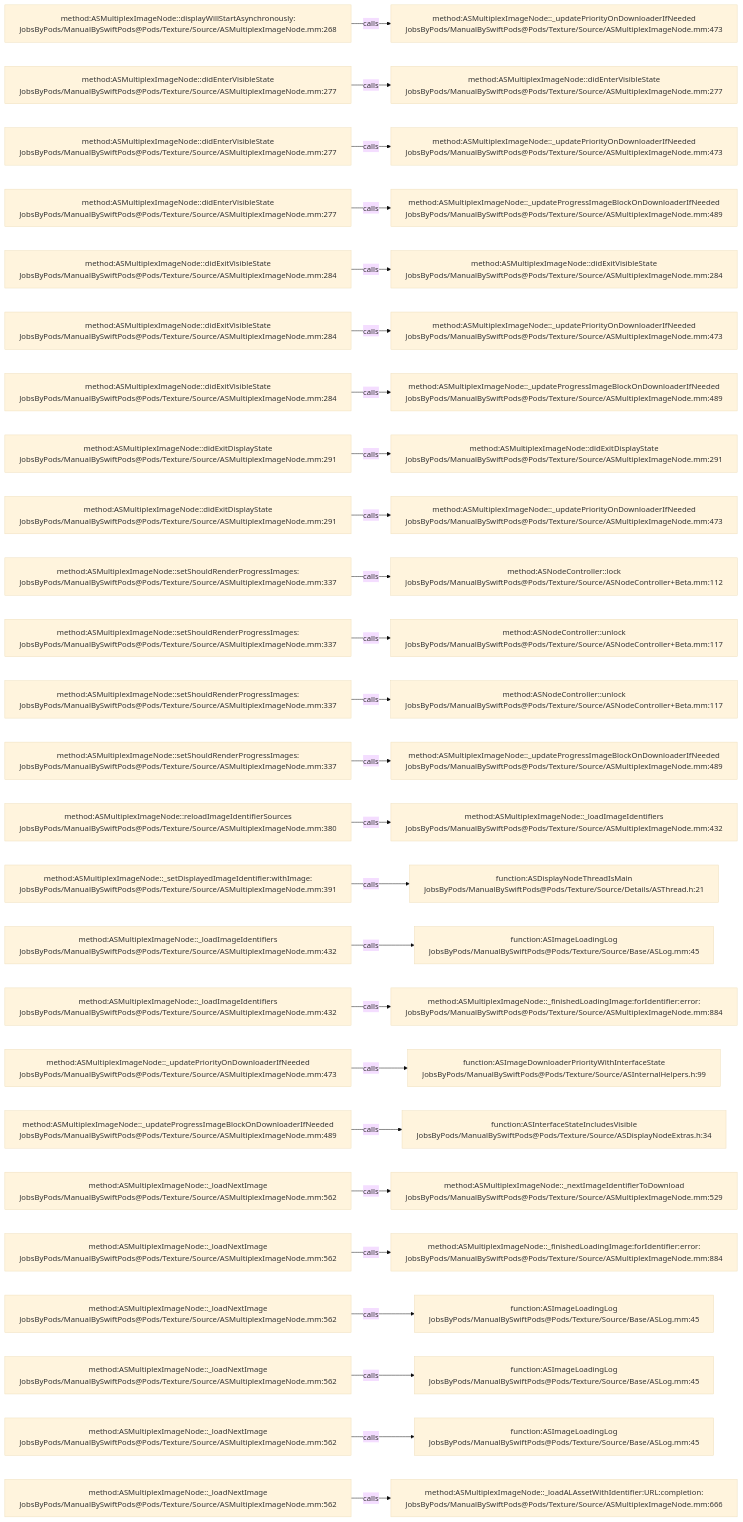
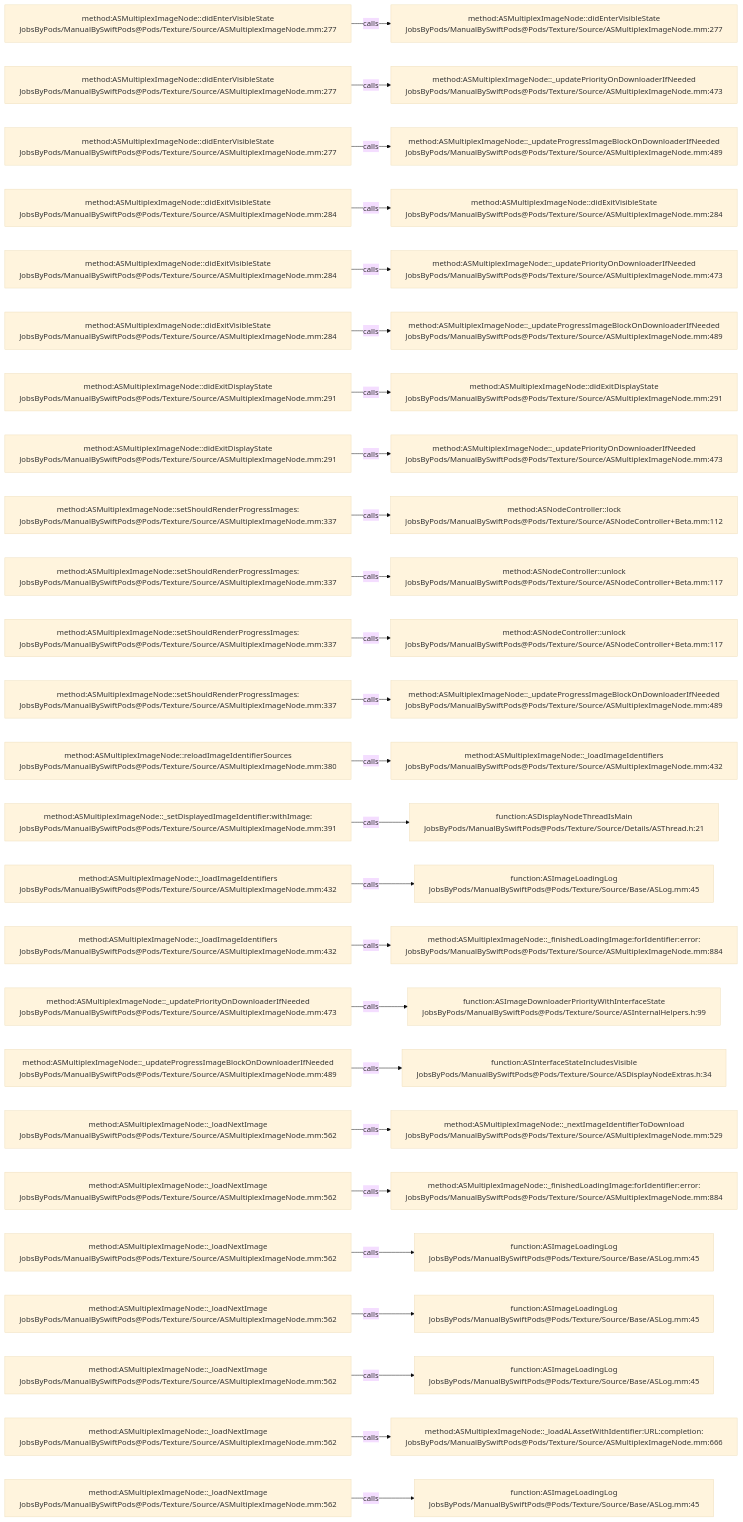
Before and after one commit to JobsKits/JobsSwiftBaseConfigDemo: the diagram in .codegraph/codegraph.md/graphs/calls-047.md, drawn with Mermaid (base theme). The commit also changed 747 other files, not shown here.

````diff
--- a/.codegraph/codegraph.md/graphs/calls-047.md
+++ b/.codegraph/codegraph.md/graphs/calls-047.md
@@ -13,78 +13,78 @@
 ```mermaid
 flowchart LR
-  S1["method:ASMultiplexImageNode::displayWillStartAsynchronously:<br/>JobsByPods/ManualBySwiftPods@Pods/Texture/Source/ASMultiplexImageNode.mm:268"]
-  T1["method:ASMultiplexImageNode::_updatePriorityOnDownloaderIfNeeded<br/>JobsByPods/ManualBySwiftPods@Pods/Texture/Source/ASMultiplexImageNode.mm:473"]
+  S1["method:ASMultiplexImageNode::didEnterVisibleState<br/>JobsByPods/ManualBySwiftPods@Pods/Texture/Source/ASMultiplexImageNode.mm:277"]
+  T1["method:ASMultiplexImageNode::didEnterVisibleState<br/>JobsByPods/ManualBySwiftPods@Pods/Texture/Source/ASMultiplexImageNode.mm:277"]
   S1 -->|calls| T1
   S2["method:ASMultiplexImageNode::didEnterVisibleState<br/>JobsByPods/ManualBySwiftPods@Pods/Texture/Source/ASMultiplexImageNode.mm:277"]
-  T2["method:ASMultiplexImageNode::didEnterVisibleState<br/>JobsByPods/ManualBySwiftPods@Pods/Texture/Source/ASMultiplexImageNode.mm:277"]
+  T2["method:ASMultiplexImageNode::_updatePriorityOnDownloaderIfNeeded<br/>JobsByPods/ManualBySwiftPods@Pods/Texture/Source/ASMultiplexImageNode.mm:473"]
   S2 -->|calls| T2
   S3["method:ASMultiplexImageNode::didEnterVisibleState<br/>JobsByPods/ManualBySwiftPods@Pods/Texture/Source/ASMultiplexImageNode.mm:277"]
-  T3["method:ASMultiplexImageNode::_updatePriorityOnDownloaderIfNeeded<br/>JobsByPods/ManualBySwiftPods@Pods/Texture/Source/ASMultiplexImageNode.mm:473"]
+  T3["method:ASMultiplexImageNode::_updateProgressImageBlockOnDownloaderIfNeeded<br/>JobsByPods/ManualBySwiftPods@Pods/Texture/Source/ASMultiplexImageNode.mm:489"]
   S3 -->|calls| T3
-  S4["method:ASMultiplexImageNode::didEnterVisibleState<br/>JobsByPods/ManualBySwiftPods@Pods/Texture/Source/ASMultiplexImageNode.mm:277"]
-  T4["method:ASMultiplexImageNode::_updateProgressImageBlockOnDownloaderIfNeeded<br/>JobsByPods/ManualBySwiftPods@Pods/Texture/Source/ASMultiplexImageNode.mm:489"]
+  S4["method:ASMultiplexImageNode::didExitVisibleState<br/>JobsByPods/ManualBySwiftPods@Pods/Texture/Source/ASMultiplexImageNode.mm:284"]
+  T4["method:ASMultiplexImageNode::didExitVisibleState<br/>JobsByPods/ManualBySwiftPods@Pods/Texture/Source/ASMultiplexImageNode.mm:284"]
   S4 -->|calls| T4
   S5["method:ASMultiplexImageNode::didExitVisibleState<br/>JobsByPods/ManualBySwiftPods@Pods/Texture/Source/ASMultiplexImageNode.mm:284"]
-  T5["method:ASMultiplexImageNode::didExitVisibleState<br/>JobsByPods/ManualBySwiftPods@Pods/Texture/Source/ASMultiplexImageNode.mm:284"]
+  T5["method:ASMultiplexImageNode::_updatePriorityOnDownloaderIfNeeded<br/>JobsByPods/ManualBySwiftPods@Pods/Texture/Source/ASMultiplexImageNode.mm:473"]
   S5 -->|calls| T5
   S6["method:ASMultiplexImageNode::didExitVisibleState<br/>JobsByPods/ManualBySwiftPods@Pods/Texture/Source/ASMultiplexImageNode.mm:284"]
-  T6["method:ASMultiplexImageNode::_updatePriorityOnDownloaderIfNeeded<br/>JobsByPods/ManualBySwiftPods@Pods/Texture/Source/ASMultiplexImageNode.mm:473"]
+  T6["method:ASMultiplexImageNode::_updateProgressImageBlockOnDownloaderIfNeeded<br/>JobsByPods/ManualBySwiftPods@Pods/Texture/Source/ASMultiplexImageNode.mm:489"]
   S6 -->|calls| T6
-  S7["method:ASMultiplexImageNode::didExitVisibleState<br/>JobsByPods/ManualBySwiftPods@Pods/Texture/Source/ASMultiplexImageNode.mm:284"]
-  T7["method:ASMultiplexImageNode::_updateProgressImageBlockOnDownloaderIfNeeded<br/>JobsByPods/ManualBySwiftPods@Pods/Texture/Source/ASMultiplexImageNode.mm:489"]
+  S7["method:ASMultiplexImageNode::didExitDisplayState<br/>JobsByPods/ManualBySwiftPods@Pods/Texture/Source/ASMultiplexImageNode.mm:291"]
+  T7["method:ASMultiplexImageNode::didExitDisplayState<br/>JobsByPods/ManualBySwiftPods@Pods/Texture/Source/ASMultiplexImageNode.mm:291"]
   S7 -->|calls| T7
   S8["method:ASMultiplexImageNode::didExitDisplayState<br/>JobsByPods/ManualBySwiftPods@Pods/Texture/Source/ASMultiplexImageNode.mm:291"]
-  T8["method:ASMultiplexImageNode::didExitDisplayState<br/>JobsByPods/ManualBySwiftPods@Pods/Texture/Source/ASMultiplexImageNode.mm:291"]
+  T8["method:ASMultiplexImageNode::_updatePriorityOnDownloaderIfNeeded<br/>JobsByPods/ManualBySwiftPods@Pods/Texture/Source/ASMultiplexImageNode.mm:473"]
   S8 -->|calls| T8
-  S9["method:ASMultiplexImageNode::didExitDisplayState<br/>JobsByPods/ManualBySwiftPods@Pods/Texture/Source/ASMultiplexImageNode.mm:291"]
-  T9["method:ASMultiplexImageNode::_updatePriorityOnDownloaderIfNeeded<br/>JobsByPods/ManualBySwiftPods@Pods/Texture/Source/ASMultiplexImageNode.mm:473"]
+  S9["method:ASMultiplexImageNode::setShouldRenderProgressImages:<br/>JobsByPods/ManualBySwiftPods@Pods/Texture/Source/ASMultiplexImageNode.mm:337"]
+  T9["method:ASNodeController::lock<br/>JobsByPods/ManualBySwiftPods@Pods/Texture/Source/ASNodeController+Beta.mm:112"]
   S9 -->|calls| T9
   S10["method:ASMultiplexImageNode::setShouldRenderProgressImages:<br/>JobsByPods/ManualBySwiftPods@Pods/Texture/Source/ASMultiplexImageNode.mm:337"]
-  T10["method:ASNodeController::lock<br/>JobsByPods/ManualBySwiftPods@Pods/Texture/Source/ASNodeController+Beta.mm:112"]
+  T10["method:ASNodeController::unlock<br/>JobsByPods/ManualBySwiftPods@Pods/Texture/Source/ASNodeController+Beta.mm:117"]
   S10 -->|calls| T10
   S11["method:ASMultiplexImageNode::setShouldRenderProgressImages:<br/>JobsByPods/ManualBySwiftPods@Pods/Texture/Source/ASMultiplexImageNode.mm:337"]
   T11["method:ASNodeController::unlock<br/>JobsByPods/ManualBySwiftPods@Pods/Texture/Source/ASNodeController+Beta.mm:117"]
   S11 -->|calls| T11
   S12["method:ASMultiplexImageNode::setShouldRenderProgressImages:<br/>JobsByPods/ManualBySwiftPods@Pods/Texture/Source/ASMultiplexImageNode.mm:337"]
-  T12["method:ASNodeController::unlock<br/>JobsByPods/ManualBySwiftPods@Pods/Texture/Source/ASNodeController+Beta.mm:117"]
+  T12["method:ASMultiplexImageNode::_updateProgressImageBlockOnDownloaderIfNeeded<br/>JobsByPods/ManualBySwiftPods@Pods/Texture/Source/ASMultiplexImageNode.mm:489"]
   S12 -->|calls| T12
-  S13["method:ASMultiplexImageNode::setShouldRenderProgressImages:<br/>JobsByPods/ManualBySwiftPods@Pods/Texture/Source/ASMultiplexImageNode.mm:337"]
-  T13["method:ASMultiplexImageNode::_updateProgressImageBlockOnDownloaderIfNeeded<br/>JobsByPods/ManualBySwiftPods@Pods/Texture/Source/ASMultiplexImageNode.mm:489"]
+  S13["method:ASMultiplexImageNode::reloadImageIdentifierSources<br/>JobsByPods/ManualBySwiftPods@Pods/Texture/Source/ASMultiplexImageNode.mm:380"]
+  T13["method:ASMultiplexImageNode::_loadImageIdentifiers<br/>JobsByPods/ManualBySwiftPods@Pods/Texture/Source/ASMultiplexImageNode.mm:432"]
   S13 -->|calls| T13
-  S14["method:ASMultiplexImageNode::reloadImageIdentifierSources<br/>JobsByPods/ManualBySwiftPods@Pods/Texture/Source/ASMultiplexImageNode.mm:380"]
-  T14["method:ASMultiplexImageNode::_loadImageIdentifiers<br/>JobsByPods/ManualBySwiftPods@Pods/Texture/Source/ASMultiplexImageNode.mm:432"]
+  S14["method:ASMultiplexImageNode::_setDisplayedImageIdentifier:withImage:<br/>JobsByPods/ManualBySwiftPods@Pods/Texture/Source/ASMultiplexImageNode.mm:391"]
+  T14["function:ASDisplayNodeThreadIsMain<br/>JobsByPods/ManualBySwiftPods@Pods/Texture/Source/Details/ASThread.h:21"]
   S14 -->|calls| T14
-  S15["method:ASMultiplexImageNode::_setDisplayedImageIdentifier:withImage:<br/>JobsByPods/ManualBySwiftPods@Pods/Texture/Source/ASMultiplexImageNode.mm:391"]
-  T15["function:ASDisplayNodeThreadIsMain<br/>JobsByPods/ManualBySwiftPods@Pods/Texture/Source/Details/ASThread.h:21"]
+  S15["method:ASMultiplexImageNode::_loadImageIdentifiers<br/>JobsByPods/ManualBySwiftPods@Pods/Texture/Source/ASMultiplexImageNode.mm:432"]
+  T15["function:ASImageLoadingLog<br/>JobsByPods/ManualBySwiftPods@Pods/Texture/Source/Base/ASLog.mm:45"]
   S15 -->|calls| T15
   S16["method:ASMultiplexImageNode::_loadImageIdentifiers<br/>JobsByPods/ManualBySwiftPods@Pods/Texture/Source/ASMultiplexImageNode.mm:432"]
-  T16["function:ASImageLoadingLog<br/>JobsByPods/ManualBySwiftPods@Pods/Texture/Source/Base/ASLog.mm:45"]
+  T16["method:ASMultiplexImageNode::_finishedLoadingImage:forIdentifier:error:<br/>JobsByPods/ManualBySwiftPods@Pods/Texture/Source/ASMultiplexImageNode.mm:884"]
   S16 -->|calls| T16
-  S17["method:ASMultiplexImageNode::_loadImageIdentifiers<br/>JobsByPods/ManualBySwiftPods@Pods/Texture/Source/ASMultiplexImageNode.mm:432"]
-  T17["method:ASMultiplexImageNode::_finishedLoadingImage:forIdentifier:error:<br/>JobsByPods/ManualBySwiftPods@Pods/Texture/Source/ASMultiplexImageNode.mm:884"]
+  S17["method:ASMultiplexImageNode::_updatePriorityOnDownloaderIfNeeded<br/>JobsByPods/ManualBySwiftPods@Pods/Texture/Source/ASMultiplexImageNode.mm:473"]
+  T17["function:ASImageDownloaderPriorityWithInterfaceState<br/>JobsByPods/ManualBySwiftPods@Pods/Texture/Source/ASInternalHelpers.h:99"]
   S17 -->|calls| T17
-  S18["method:ASMultiplexImageNode::_updatePriorityOnDownloaderIfNeeded<br/>JobsByPods/ManualBySwiftPods@Pods/Texture/Source/ASMultiplexImageNode.mm:473"]
-  T18["function:ASImageDownloaderPriorityWithInterfaceState<br/>JobsByPods/ManualBySwiftPods@Pods/Texture/Source/ASInternalHelpers.h:99"]
+  S18["method:ASMultiplexImageNode::_updateProgressImageBlockOnDownloaderIfNeeded<br/>JobsByPods/ManualBySwiftPods@Pods/Texture/Source/ASMultiplexImageNode.mm:489"]
+  T18["function:ASInterfaceStateIncludesVisible<br/>JobsByPods/ManualBySwiftPods@Pods/Texture/Source/ASDisplayNodeExtras.h:34"]
   S18 -->|calls| T18
-  S19["method:ASMultiplexImageNode::_updateProgressImageBlockOnDownloaderIfNeeded<br/>JobsByPods/ManualBySwiftPods@Pods/Texture/Source/ASMultiplexImageNode.mm:489"]
-  T19["function:ASInterfaceStateIncludesVisible<br/>JobsByPods/ManualBySwiftPods@Pods/Texture/Source/ASDisplayNodeExtras.h:34"]
+  S19["method:ASMultiplexImageNode::_loadNextImage<br/>JobsByPods/ManualBySwiftPods@Pods/Texture/Source/ASMultiplexImageNode.mm:562"]
+  T19["method:ASMultiplexImageNode::_nextImageIdentifierToDownload<br/>JobsByPods/ManualBySwiftPods@Pods/Texture/Source/ASMultiplexImageNode.mm:529"]
   S19 -->|calls| T19
   S20["method:ASMultiplexImageNode::_loadNextImage<br/>JobsByPods/ManualBySwiftPods@Pods/Texture/Source/ASMultiplexImageNode.mm:562"]
-  T20["method:ASMultiplexImageNode::_nextImageIdentifierToDownload<br/>JobsByPods/ManualBySwiftPods@Pods/Texture/Source/ASMultiplexImageNode.mm:529"]
+  T20["method:ASMultiplexImageNode::_finishedLoadingImage:forIdentifier:error:<br/>JobsByPods/ManualBySwiftPods@Pods/Texture/Source/ASMultiplexImageNode.mm:884"]
   S20 -->|calls| T20
   S21["method:ASMultiplexImageNode::_loadNextImage<br/>JobsByPods/ManualBySwiftPods@Pods/Texture/Source/ASMultiplexImageNode.mm:562"]
-  T21["method:ASMultiplexImageNode::_finishedLoadingImage:forIdentifier:error:<br/>JobsByPods/ManualBySwiftPods@Pods/Texture/Source/ASMultiplexImageNode.mm:884"]
+  T21["function:ASImageLoadingLog<br/>JobsByPods/ManualBySwiftPods@Pods/Texture/Source/Base/ASLog.mm:45"]
   S21 -->|calls| T21
   S22["method:ASMultiplexImageNode::_loadNextImage<br/>JobsByPods/ManualBySwiftPods@Pods/Texture/Source/ASMultiplexImageNode.mm:562"]
   T22["function:ASImageLoadingLog<br/>JobsByPods/ManualBySwiftPods@Pods/Texture/Source/Base/ASLog.mm:45"]
   S22 -->|calls| T22
   S23["method:ASMultiplexImageNode::_loadNextImage<br/>JobsByPods/ManualBySwiftPods@Pods/Texture/Source/ASMultiplexImageNode.mm:562"]
   T23["function:ASImageLoadingLog<br/>JobsByPods/ManualBySwiftPods@Pods/Texture/Source/Base/ASLog.mm:45"]
   S23 -->|calls| T23
   S24["method:ASMultiplexImageNode::_loadNextImage<br/>JobsByPods/ManualBySwiftPods@Pods/Texture/Source/ASMultiplexImageNode.mm:562"]
-  T24["function:ASImageLoadingLog<br/>JobsByPods/ManualBySwiftPods@Pods/Texture/Source/Base/ASLog.mm:45"]
+  T24["method:ASMultiplexImageNode::_loadALAssetWithIdentifier:URL:completion:<br/>JobsByPods/ManualBySwiftPods@Pods/Texture/Source/ASMultiplexImageNode.mm:666"]
   S24 -->|calls| T24
   S25["method:ASMultiplexImageNode::_loadNextImage<br/>JobsByPods/ManualBySwiftPods@Pods/Texture/Source/ASMultiplexImageNode.mm:562"]
-  T25["method:ASMultiplexImageNode::_loadALAssetWithIdentifier:URL:completion:<br/>JobsByPods/ManualBySwiftPods@Pods/Texture/Source/ASMultiplexImageNode.mm:666"]
+  T25["function:ASImageLoadingLog<br/>JobsByPods/ManualBySwiftPods@Pods/Texture/Source/Base/ASLog.mm:45"]
   S25 -->|calls| T25
 ```
````
